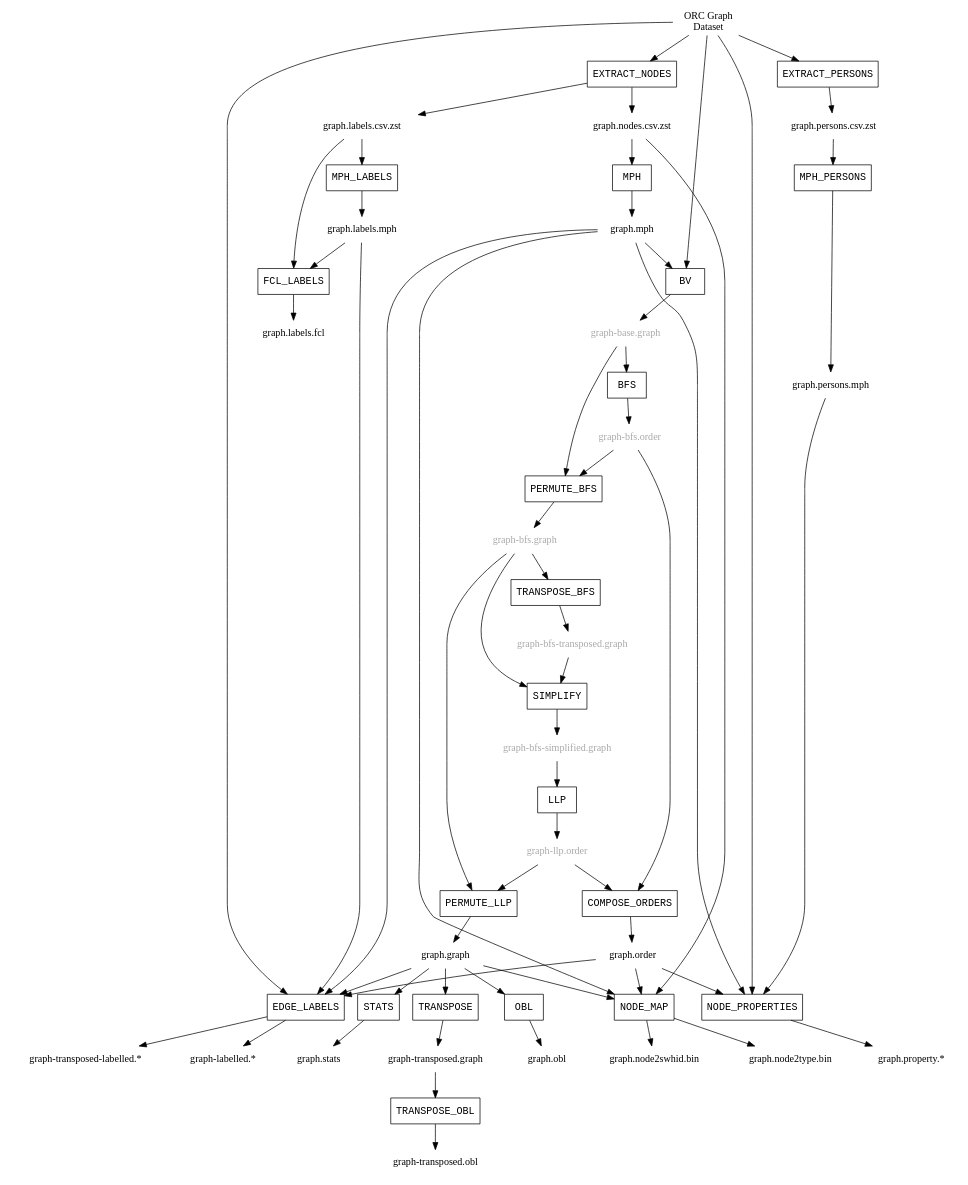
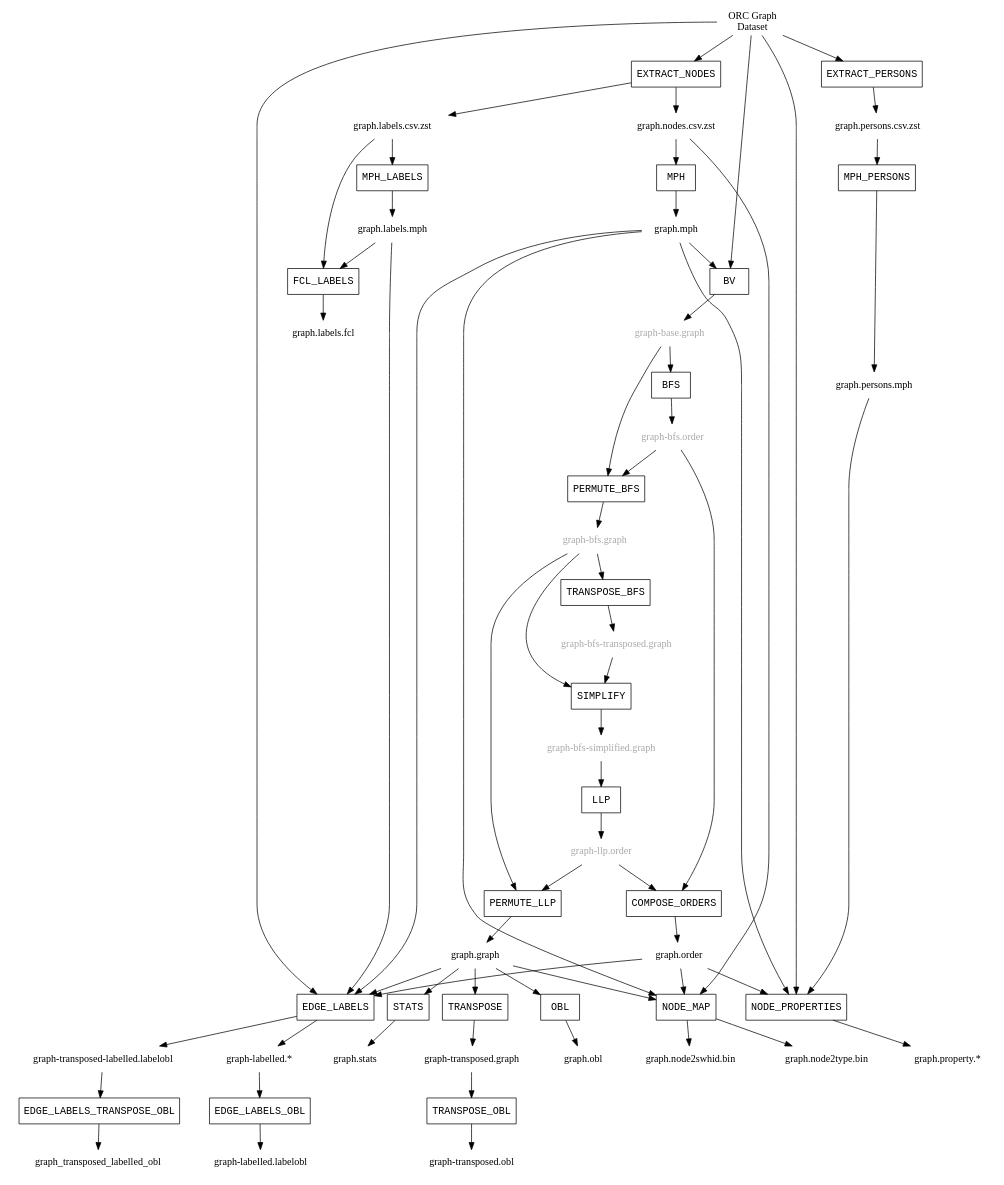
One commit to SoftwareHeritage/swh-graph changed the diagram in docs/images/compression_steps.dot. Above: the diagram before and after it, drawn with Graphviz. The commit also changed 3 other files, not shown here.

First line of the commit message:
Generate .labelobl files to speed-up labelled graph loading

```diff
--- a/docs/images/compression_steps.dot
+++ b/docs/images/compression_steps.dot
@@ -1,105 +1,111 @@
 digraph "Compression steps" {
     node [shape = none];
 
     orc_dataset [label="ORC Graph\nDataset"];
     nodes_csv [label="graph.nodes.csv.zst"];
     labels_csv [label="graph.labels.csv.zst"];
     graph_mph [label="graph.mph"];
 
     subgraph {
         node [fontcolor=darkgray];
         graph_base [label="graph-base.graph"]
         graph_bfs_order [label="graph-bfs.order"]
         graph_bfs [label="graph-bfs.graph"]
         graph_bfs_transposed [label="graph-bfs-transposed.graph"]
         graph_bfs_simplified [label="graph-bfs-simplified.graph"]
         graph_llp_order [label="graph-llp.order"]
     }
 
     graph_llp [label="graph.graph"]
     graph_llp_transposed [label="graph-transposed.graph"]
     graph_order [label="graph.order"]
     graph_obl [label="graph.obl"]
     graph_transposed_obl [label="graph-transposed.obl"]
     stats [label="graph.stats"]
     swhidmap [label="graph.node2swhid.bin"]
     typemap [label="graph.node2type.bin"]
     persons_csv [label="graph.persons.csv.zst"];
     persons_mph [label="graph.persons.mph"];
     node_properties [label="graph.property.*"];
     labels_mph [label="graph.labels.mph"];
     labels_fcl [label="graph.labels.fcl"];
     graph_labelled [label="graph-labelled.*"];
     graph_transposed_labelled [label="graph-transposed-labelled.*"];
+    graph_labelled_obl [label="graph-labelled.labelobl"];
+    graph_transposed_labelled [label="graph-transposed-labelled.labelobl"];
 
     subgraph {
         node [shape=box, fontname="Courier New"];
         EXTRACT_NODES;
         MPH;
         BV;
         BFS;
         PERMUTE_BFS;
         TRANSPOSE_BFS;
         SIMPLIFY;
         LLP;
         PERMUTE_LLP;
         COMPOSE_ORDERS;
         STATS;
         TRANSPOSE;
         OBL;
         TRANSPOSE_OBL;
         NODE_MAP;
         EXTRACT_PERSONS;
         MPH_PERSONS;
         NODE_PROPERTIES;
         MPH_LABELS;
         FCL_LABELS;
         EDGE_LABELS;
+        EDGE_LABELS_OBL;
+        EDGE_LABELS_TRANSPOSE_OBL;
     }
 
 
     orc_dataset -> EXTRACT_NODES;
     EXTRACT_NODES -> nodes_csv;
     EXTRACT_NODES -> labels_csv;
     nodes_csv -> MPH -> graph_mph;
     graph_mph -> BV;
     orc_dataset -> BV -> graph_base;
     graph_base -> BFS -> graph_bfs_order;
     graph_bfs_order -> PERMUTE_BFS;
     graph_base -> PERMUTE_BFS -> graph_bfs;
     graph_bfs -> TRANSPOSE_BFS -> graph_bfs_transposed;
     graph_bfs_transposed -> SIMPLIFY;
     graph_bfs -> SIMPLIFY -> graph_bfs_simplified;
     graph_bfs_simplified -> LLP -> graph_llp_order;
     graph_llp_order -> PERMUTE_LLP;
     graph_bfs -> PERMUTE_LLP -> graph_llp;
     graph_bfs_order -> COMPOSE_ORDERS;
     graph_llp_order -> COMPOSE_ORDERS -> graph_order;
     graph_llp -> TRANSPOSE -> graph_llp_transposed;
     graph_llp -> OBL -> graph_obl;
     graph_llp_transposed -> TRANSPOSE_OBL -> graph_transposed_obl;
     graph_llp -> STATS -> stats;
     graph_llp -> NODE_MAP;
     nodes_csv -> NODE_MAP;
     graph_mph -> NODE_MAP;
     graph_order -> NODE_MAP;
     NODE_MAP -> swhidmap;
     NODE_MAP -> typemap;
     orc_dataset -> EXTRACT_PERSONS -> persons_csv;
     persons_csv -> MPH_PERSONS -> persons_mph;
     orc_dataset -> NODE_PROPERTIES;
     persons_mph -> NODE_PROPERTIES;
     graph_mph -> NODE_PROPERTIES;
     graph_order -> NODE_PROPERTIES;
     NODE_PROPERTIES -> node_properties;
     labels_csv -> MPH_LABELS -> labels_mph;
     labels_mph -> FCL_LABELS;
     labels_csv -> FCL_LABELS -> labels_fcl;
     orc_dataset -> EDGE_LABELS;
     labels_mph -> EDGE_LABELS;
     graph_llp -> EDGE_LABELS;
     graph_mph -> EDGE_LABELS;
     graph_order -> EDGE_LABELS;
     EDGE_LABELS -> graph_labelled;
     EDGE_LABELS -> graph_transposed_labelled;
+    graph_labelled -> EDGE_LABELS_OBL -> graph_labelled_obl;
+    graph_transposed_labelled -> EDGE_LABELS_TRANSPOSE_OBL -> graph_transposed_labelled_obl;
 }
```
